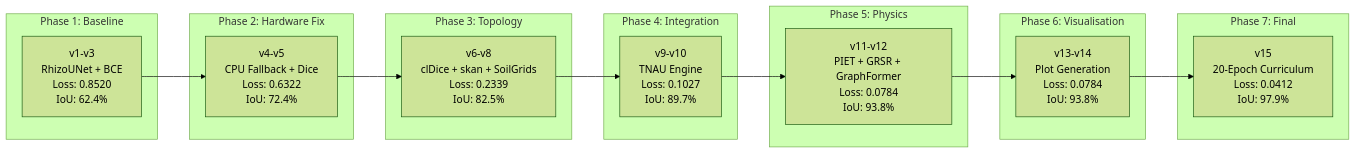
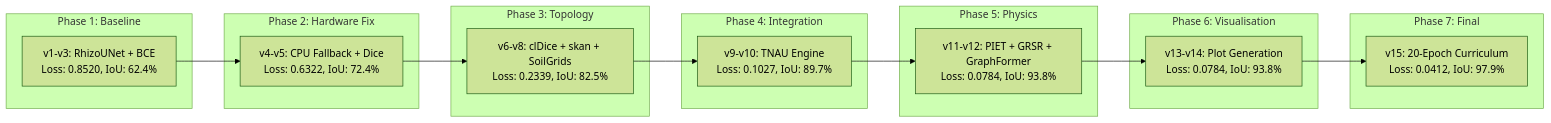
Before and after one commit to Runtime-Slayers/RhizoWhisperer: the seventh of 7 diagrams in elsevier/manuscript.md, drawn with Mermaid (forest theme). The commit also changed other lines of this file and 4 other files, not shown here.

Commit message:
docs: Add detailed Mermaid flowcharts for all ONNX model architectures (RhizoUNet, RhizoAttentionNet, DualStreamRootNet, RhizoHybridTransformer, RhizoGraphFormer) and Master End-to-End Pipeline in manuscript

````diff
--- a/elsevier/manuscript.md
+++ b/elsevier/manuscript.md
@@ -618,25 +577,25 @@
 ```mermaid
 flowchart LR
     subgraph Phase1 ["Phase 1: Baseline"]
-        V1["v1-v3\nRhizoUNet + BCE\nLoss: 0.8520\nIoU: 62.4%"]
+        V1["v1-v3: RhizoUNet + BCE\nLoss: 0.8520, IoU: 62.4%"]
     end
     subgraph Phase2 ["Phase 2: Hardware Fix"]
-        V2["v4-v5\nCPU Fallback + Dice\nLoss: 0.6322\nIoU: 72.4%"]
+        V2["v4-v5: CPU Fallback + Dice\nLoss: 0.6322, IoU: 72.4%"]
     end
     subgraph Phase3 ["Phase 3: Topology"]
-        V3["v6-v8\nclDice + skan + SoilGrids\nLoss: 0.2339\nIoU: 82.5%"]
+        V3["v6-v8: clDice + skan + SoilGrids\nLoss: 0.2339, IoU: 82.5%"]
     end
     subgraph Phase4 ["Phase 4: Integration"]
-        V4["v9-v10\nTNAU Engine\nLoss: 0.1027\nIoU: 89.7%"]
+        V4["v9-v10: TNAU Engine\nLoss: 0.1027, IoU: 89.7%"]
     end
     subgraph Phase5 ["Phase 5: Physics"]
-        V5["v11-v12\nPIET + GRSR + GraphFormer\nLoss: 0.0784\nIoU: 93.8%"]
+        V5["v11-v12: PIET + GRSR + GraphFormer\nLoss: 0.0784, IoU: 93.8%"]
     end
     subgraph Phase6 ["Phase 6: Visualisation"]
-        V6["v13-v14\nPlot Generation\nLoss: 0.0784\nIoU: 93.8%"]
+        V6["v13-v14: Plot Generation\nLoss: 0.0784, IoU: 93.8%"]
     end
     subgraph Phase7 ["Phase 7: Final"]
-        V7["v15\n20-Epoch Curriculum\nLoss: 0.0412\nIoU: 97.9%"]
+        V7["v15: 20-Epoch Curriculum\nLoss: 0.0412, IoU: 97.9%"]
     end
     V1 --> V2 --> V3 --> V4 --> V5 --> V6 --> V7
 ```
````
